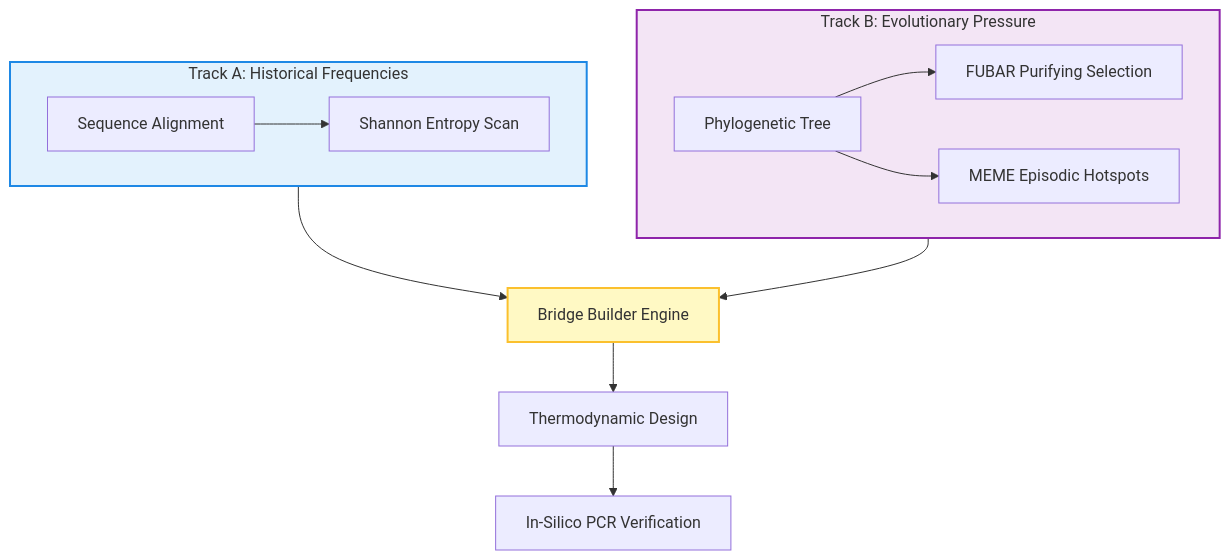
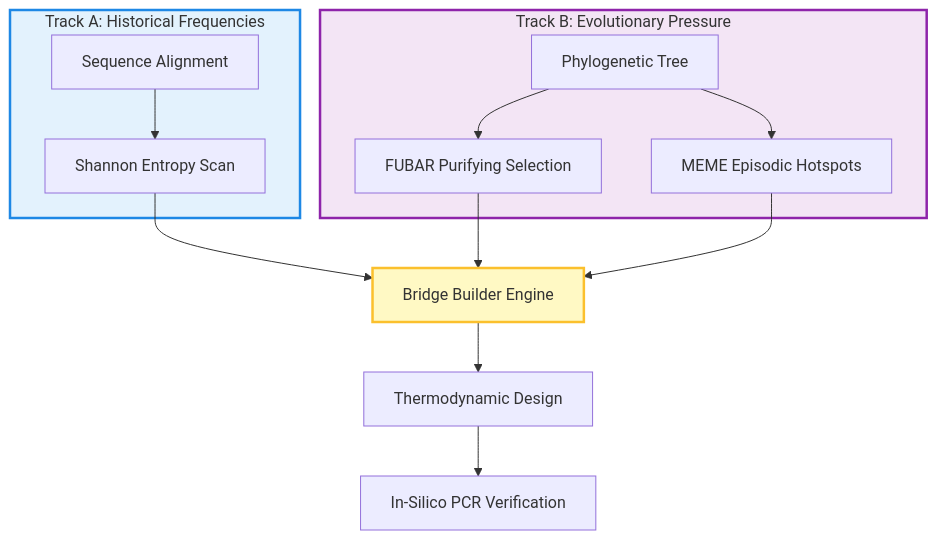
The diagram in docs/index.md (lab-biotek-bio-ugm/pandemic_prep_idn), drawn with Mermaid before and after one commit. The commit also changed 12 other files, not shown here.

Commit message:
docs(pipeline): fix Mermaid diagram routing and convert GitHub-style alerts to Mintlify callout tags

````diff
--- a/docs/index.md
+++ b/docs/index.md
@@ -12,20 +12,21 @@
 ```mermaid
 flowchart TD
     subgraph TrackA ["Track A: Historical Frequencies"]
         A1[Sequence Alignment] --> A2[Shannon Entropy Scan]
     end
     
     subgraph TrackB ["Track B: Evolutionary Pressure"]
         B1[Phylogenetic Tree] --> B2[FUBAR Purifying Selection]
         B1 --> B3[MEME Episodic Hotspots]
     end
     
-    TrackA --> C[Bridge Builder Engine]
-    TrackB --> C
+    A2 --> C[Bridge Builder Engine]
+    B2 --> C
+    B3 --> C
     C --> D[Thermodynamic Design]
     D --> E[In-Silico PCR Verification]
     
-    style TrackA fill:#e3f2fd,stroke:#1e88e5,stroke-width:2px
-    style TrackB fill:#f3e5f5,stroke:#8e24aa,stroke-width:2px
-    style C fill:#fff9c4,stroke:#fbc02d,stroke-width:2px
+    style TrackA fill:#e3f2fd,stroke:#1e88e5,stroke-width:2.5px
+    style TrackB fill:#f3e5f5,stroke:#8e24aa,stroke-width:2.5px
+    style C fill:#fff9c4,stroke:#fbc02d,stroke-width:2.5px
 ```
````
